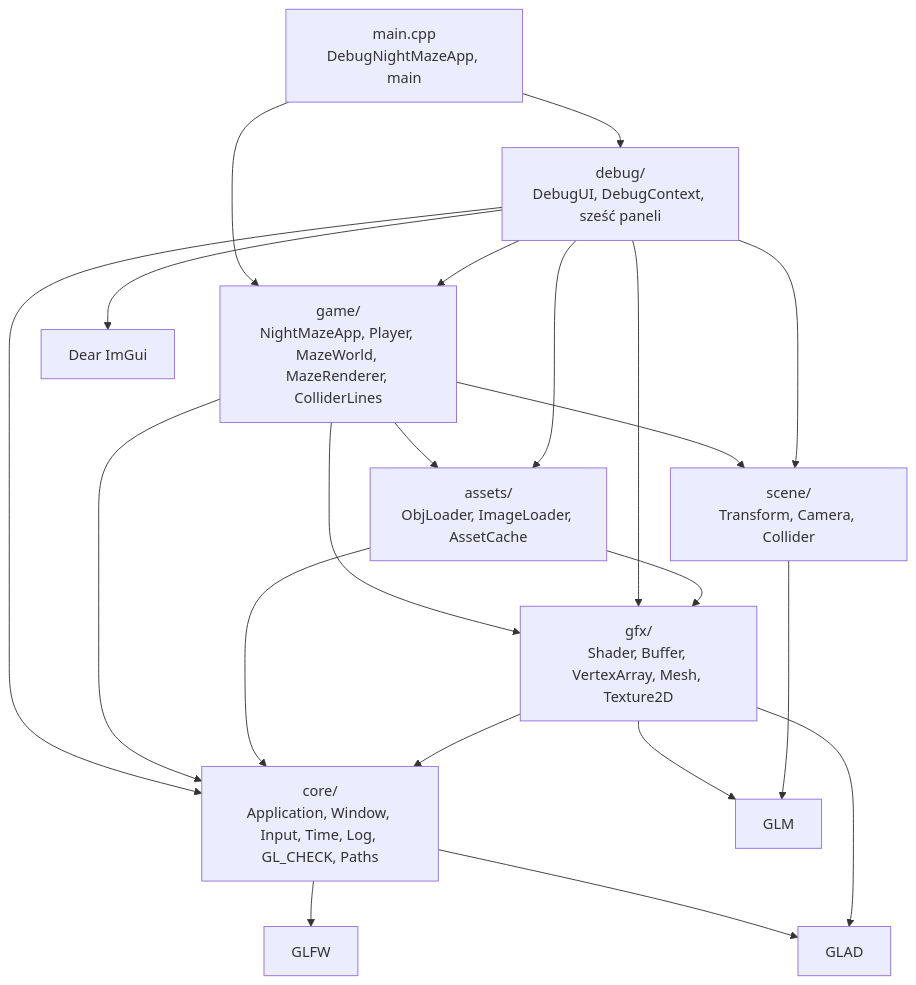
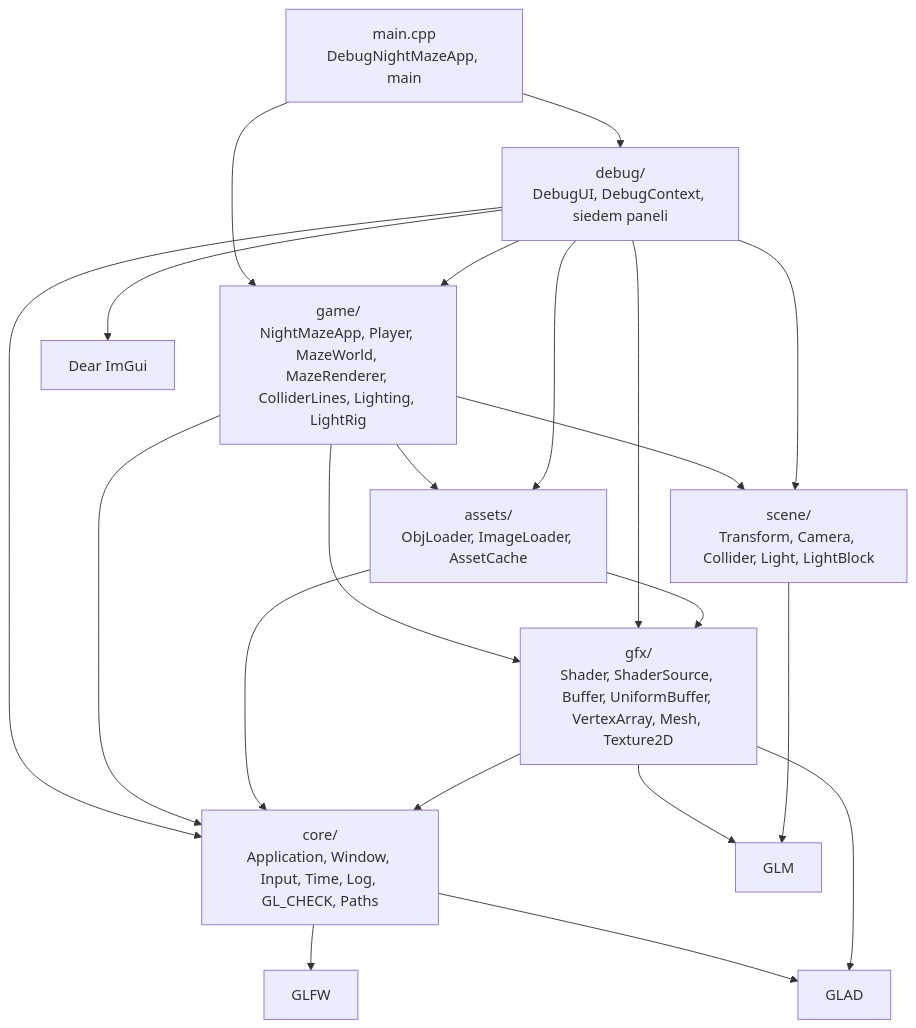
Before and after one commit to Shironex/night-maze: the first of 3 diagrams in docs/modules/core/README.md, drawn with Mermaid. The commit also changed other lines of this file and 52 other files, not shown here.

First line of the commit message:
feat(game): light the maze with moon, flashlight and point lights

````diff
--- a/docs/modules/core/README.md
+++ b/docs/modules/core/README.md
@@ -44,23 +44,23 @@
 ```mermaid
 flowchart TD
-    Main["main.cpp<br/>DebugNightMazeApp, main"] --> Debug["debug/<br/>DebugUI, DebugContext, sześć paneli"]
-    Main --> Game["game/<br/>NightMazeApp, Player, MazeWorld, MazeRenderer, ColliderLines"]
+    Main["main.cpp<br/>DebugNightMazeApp, main"] --> Debug["debug/<br/>DebugUI, DebugContext, siedem paneli"]
+    Main --> Game["game/<br/>NightMazeApp, Player, MazeWorld, MazeRenderer, ColliderLines, Lighting, LightRig"]
     Debug --> Core["core/<br/>Application, Window, Input, Time, Log, GL_CHECK, Paths"]
     Debug --> Game
     Game --> Core
     Game --> Assets
     Game --> Gfx
     Game --> Scene
     Debug --> Assets
     Debug --> Gfx
     Debug --> Scene
     Assets["assets/<br/>ObjLoader, ImageLoader, AssetCache"] --> Gfx
     Assets --> Core
-    Gfx["gfx/<br/>Shader, Buffer, VertexArray, Mesh, Texture2D"] --> Core
+    Gfx["gfx/<br/>Shader, ShaderSource, Buffer, UniformBuffer, VertexArray, Mesh, Texture2D"] --> Core
     Gfx --> Glm
-    Scene["scene/<br/>Transform, Camera, Collider"] --> Glm["GLM"]
+    Scene["scene/<br/>Transform, Camera, Collider, Light, LightBlock"] --> Glm["GLM"]
     Debug --> ImGui["Dear ImGui"]
     Core --> Glfw["GLFW"]
     Core --> Glad["GLAD"]
     Gfx --> Glad
 ```
````
